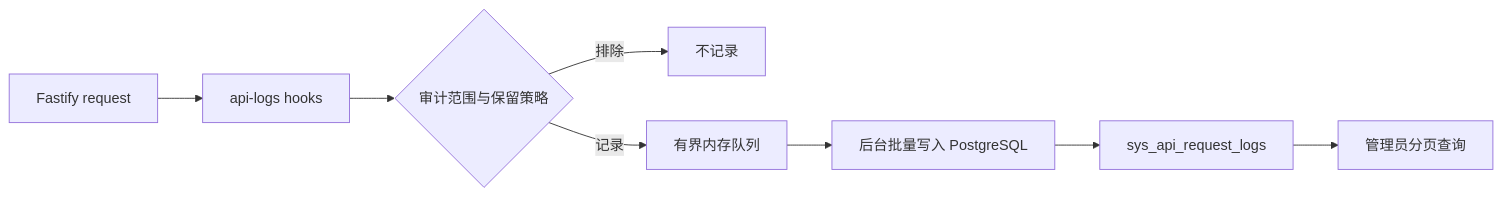
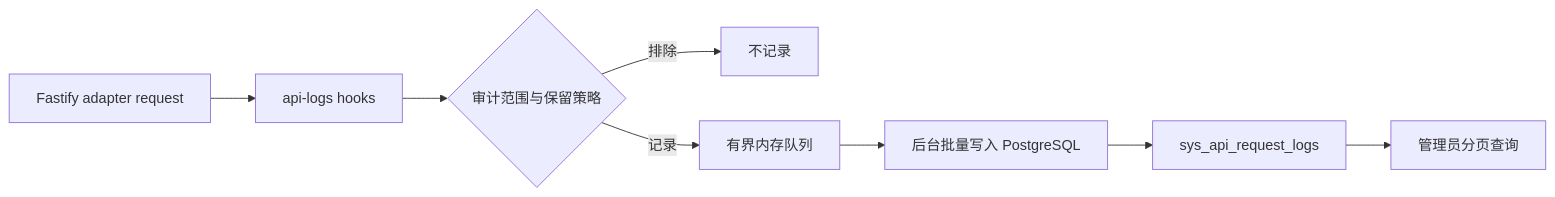
One commit to tanghaojie/Cyber-Sight changed the diagram in docs/design/modules/api-logs.md. Above: the diagram before and after it, drawn with Mermaid. The commit also changed other lines of this file and 93 other files, not shown here.

````diff
--- a/docs/design/modules/api-logs.md
+++ b/docs/design/modules/api-logs.md
@@ -42,10 +42,10 @@
 ```mermaid
 flowchart LR
-    A[Fastify request] --> B[api-logs hooks]
+    A[Fastify adapter request] --> B[api-logs hooks]
     B --> C{审计范围与保留策略}
     C -->|排除| D[不记录]
     C -->|记录| E[有界内存队列]
     E --> F[后台批量写入 PostgreSQL]
     F --> G[sys_api_request_logs]
     G --> H[管理员分页查询]
 ```
````
